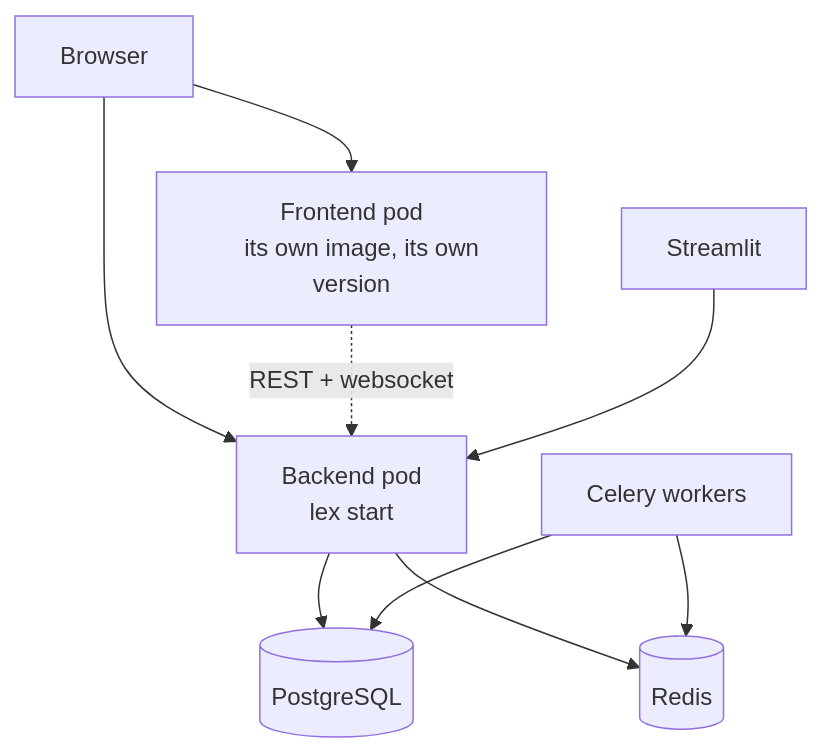
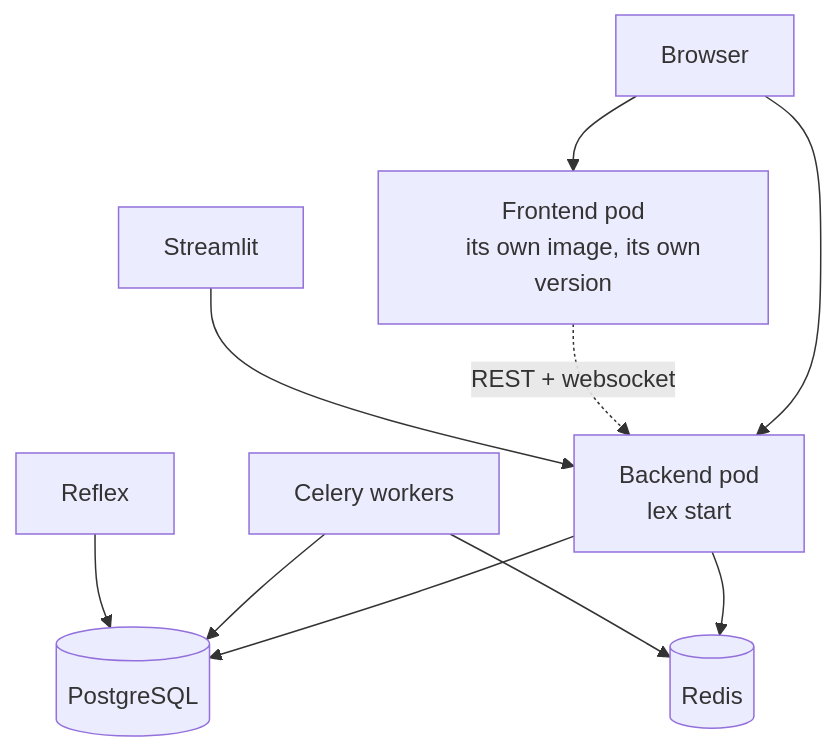
One commit to ExcellenceCloudGmbH/lex-app-docs changed the diagram in content/ship-and-operate/deploying.md. Above: the diagram before and after it, drawn with Mermaid. The commit also changed other lines of this file and 17 other files, not shown here.

````diff
--- a/content/ship-and-operate/deploying.md
+++ b/content/ship-and-operate/deploying.md
@@ -52,13 +53,14 @@
 ```mermaid
 flowchart TB
     U["Browser"] --> FE["Frontend pod
     its own image, its own version"]
     U --> BE["Backend pod
     lex start"]
     FE -. "REST + websocket" .-> BE
     BE --> DB[("PostgreSQL")]
     BE --> RD[("Redis")]
     WK["Celery workers"] --> DB
     WK --> RD
     ST["Streamlit"] --> BE
+    RX["Reflex"] --> DB
 ```
````
